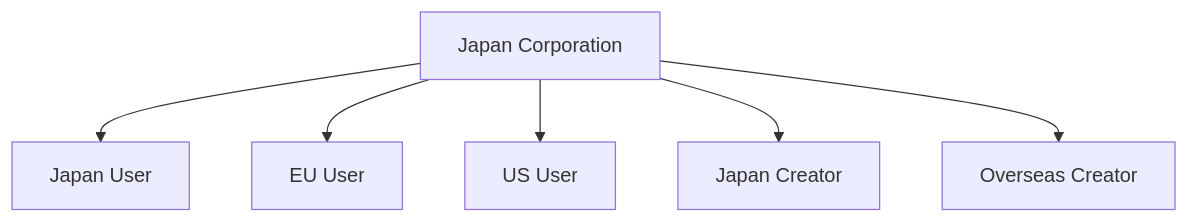
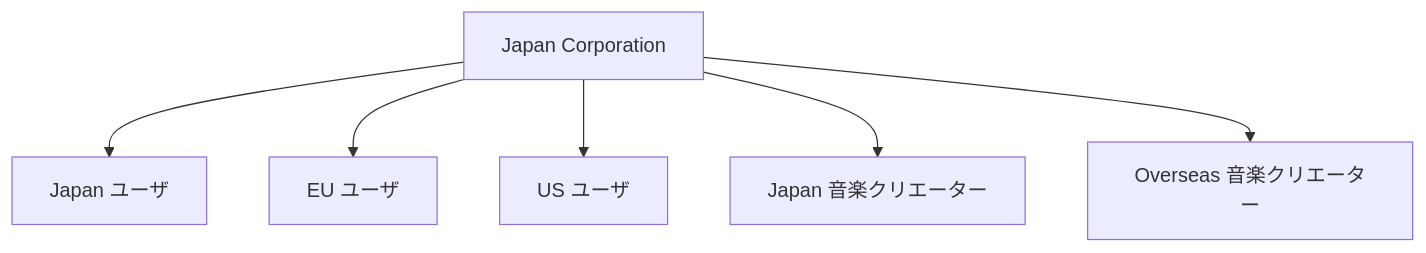
Diagram 28 of 45 in docs/whitepaper/11-legal-sto-tax.md (ShigeichiroYamasaki/creator-first-platform), drawn with Mermaid before and after one commit. The commit also changed other lines of this file and 67 other files, not shown here.

````diff
--- a/docs/whitepaper/11-legal-sto-tax.md
+++ b/docs/whitepaper/11-legal-sto-tax.md
@@ -828,9 +828,9 @@
 ```mermaid
 flowchart TD
     JP[Japan Corporation]
-    JP --> U1[Japan User]
-    JP --> U2[EU User]
-    JP --> U3[US User]
-    JP --> C1[Japan Creator]
-    JP --> C2[Overseas Creator]
+    JP --> U1[Japan ユーザ]
+    JP --> U2[EU ユーザ]
+    JP --> U3[US ユーザ]
+    JP --> C1[Japan 音楽クリエーター]
+    JP --> C2[Overseas 音楽クリエーター]
 ```
````
